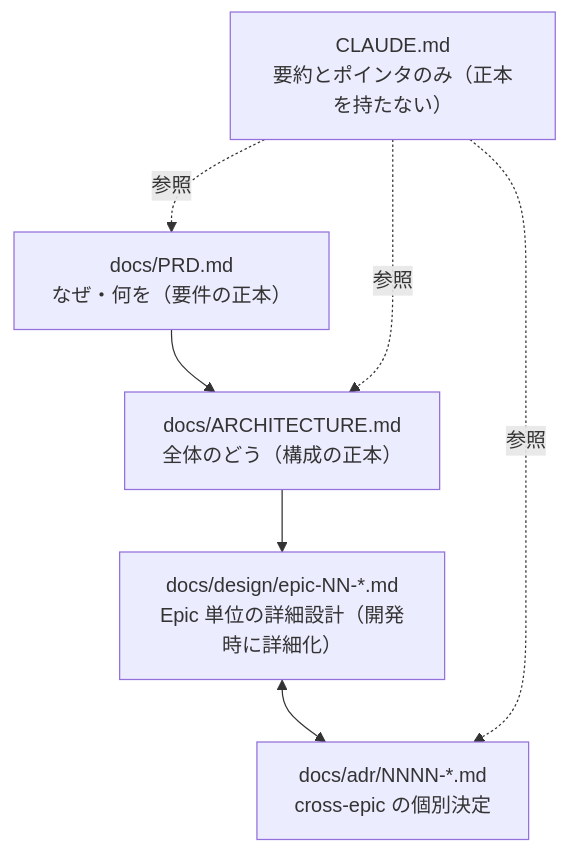
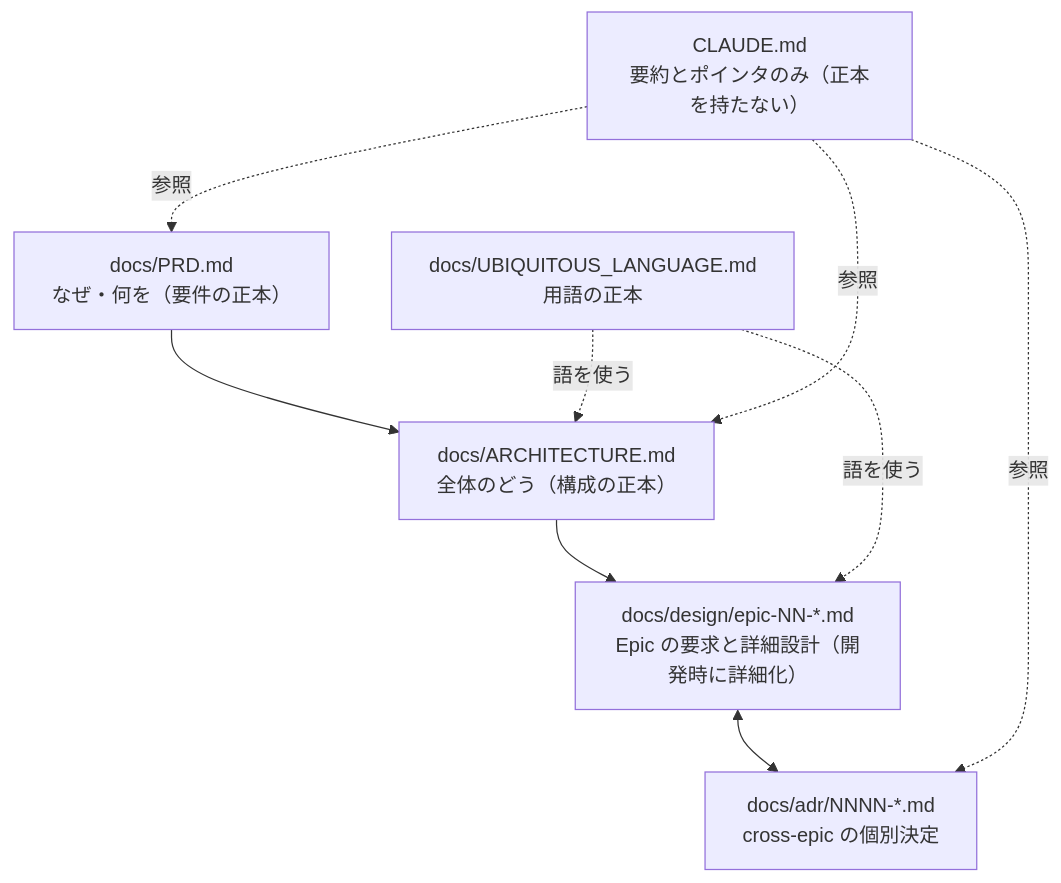
The first of 2 diagrams in docs/WORKFLOW.md (etoyama/repo-template), drawn with Mermaid before and after one commit. The commit also changed other lines of this file and 14 other files, not shown here.

First line of the commit message:
Make DesignDoc self-contained, add ubiquitous language, adopt yomiyasu

````diff
--- a/docs/WORKFLOW.md
+++ b/docs/WORKFLOW.md
@@ -21,13 +24,16 @@
 ```mermaid
 flowchart TD
     PRD["docs/PRD.md<br/>なぜ・何を（要件の正本）"]
     ARCH["docs/ARCHITECTURE.md<br/>全体のどう（構成の正本）"]
-    DD["docs/design/epic-NN-*.md<br/>Epic 単位の詳細設計（開発時に詳細化）"]
+    UL["docs/UBIQUITOUS_LANGUAGE.md<br/>用語の正本"]
+    DD["docs/design/epic-NN-*.md<br/>Epic の要求と詳細設計（開発時に詳細化）"]
     ADR["docs/adr/NNNN-*.md<br/>cross-epic の個別決定"]
     CL["CLAUDE.md<br/>要約とポインタのみ（正本を持たない）"]
     PRD --> ARCH --> DD
+    UL -.->|語を使う| DD
+    UL -.->|語を使う| ARCH
     DD <--> ADR
     CL -.->|参照| PRD
     CL -.->|参照| ARCH
     CL -.->|参照| ADR
 ```
````
